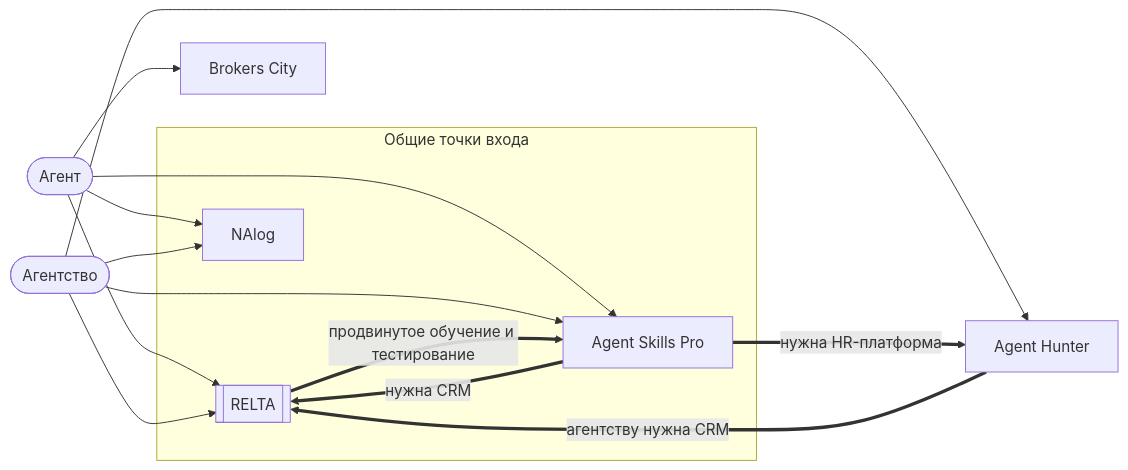
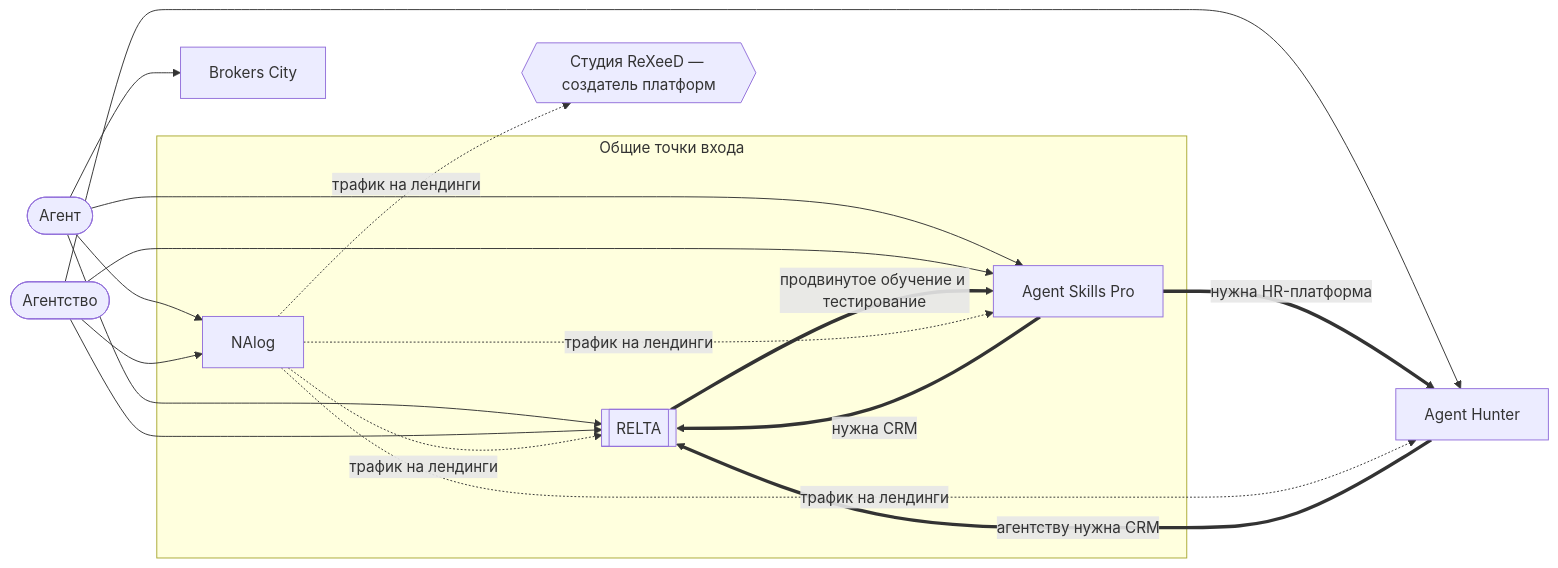
One commit to dkuplevatskij/AI-Executive-Team changed the first of 4 diagrams in reports/decisions/2026-11-02-ecosystem.md. Above: the diagram before and after it, drawn with Mermaid. The commit also changed other lines of this file and 8 other files, not shown here.

First line of the commit message:
D-016: NAlog первым ведёт трафик в экосистему, ReXeeD — создатель везде; задания для сессий

````diff
--- a/reports/decisions/2026-11-02-ecosystem.md
+++ b/reports/decisions/2026-11-02-ecosystem.md
@@ -37,18 +37,20 @@
 ```mermaid
 flowchart LR
   A([Агент])
   G([Агентство])
   subgraph S [Общие точки входа]
     R[[RELTA]]
     N[NAlog]
     K[Agent Skills Pro]
   end
   B[Brokers City]
   H[Agent Hunter]
   A --> R & N & K & B
   G --> R & H & N & K
   R ==>|продвинутое обучение и тестирование| K
   H ==>|агентству нужна CRM| R
   K ==>|нужна CRM| R
   K ==>|нужна HR-платформа| H
+  X{{Студия ReXeeD — создатель платформ}}
+  N -.->|трафик на лендинги| R & H & K & X
 ```
````
